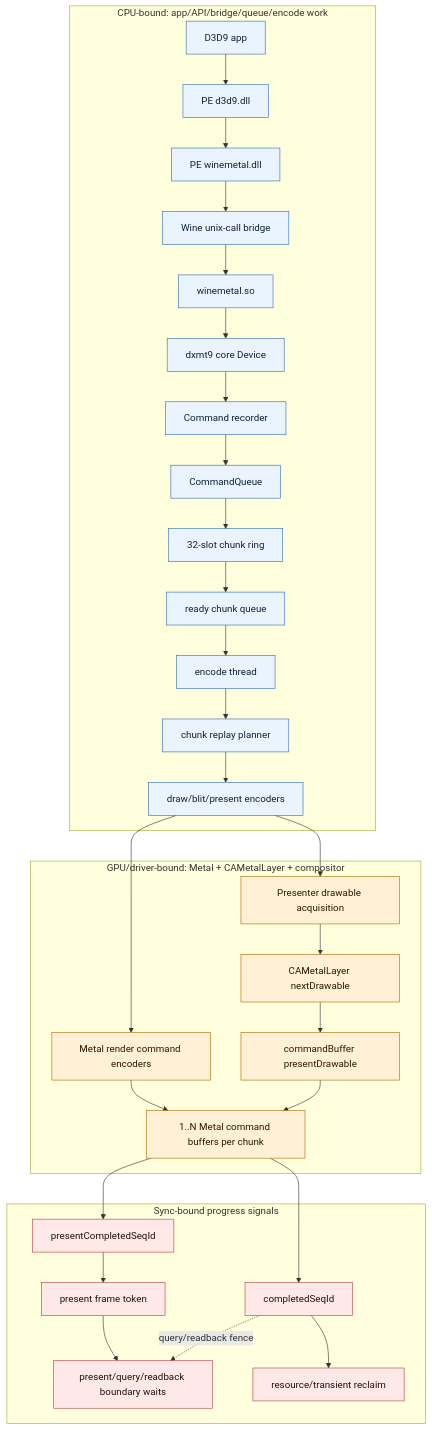
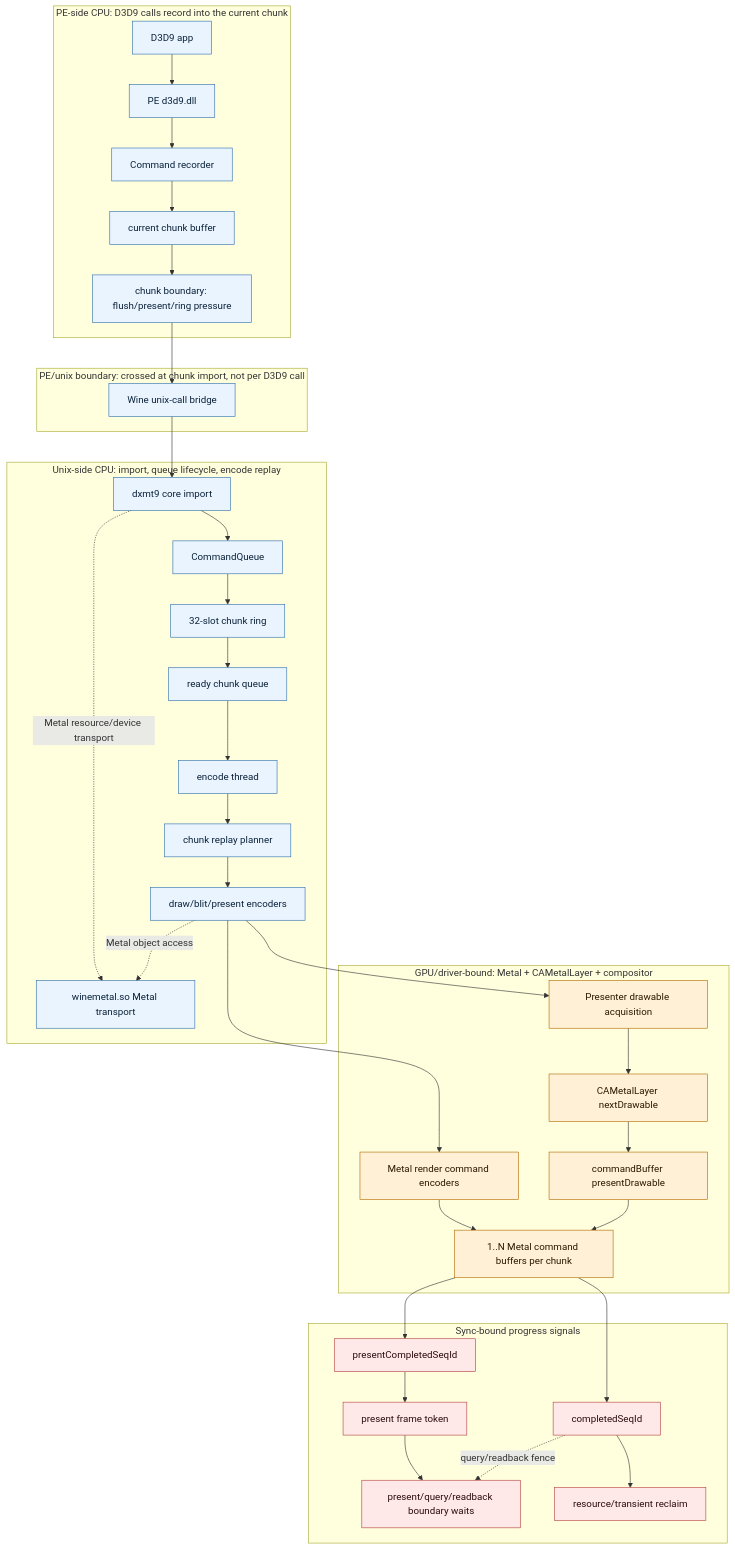
One commit to dfdgsdfg/dxmt9 changed the first of 11 diagrams in docs/perfomance-bottleneck.md. Above: the diagram before and after it, drawn with Mermaid. The commit also changed other lines of this file, not shown here.

Commit message:
docs: align dxmt9 performance model with chunk lifecycle

````diff
--- a/docs/perfomance-bottleneck.md
+++ b/docs/perfomance-bottleneck.md
@@ -32,52 +32,61 @@
 ```mermaid
 flowchart TD
-  subgraph CPU["CPU-bound: app/API/bridge/queue/encode work"]
+  subgraph PECPU["PE-side CPU: D3D9 calls record into the current chunk"]
     App[D3D9 app]
     D3D9PE[PE d3d9.dll]
-    WinemetalPE[PE winemetal.dll]
+    Recorder[Command recorder]
+    ChunkBuffer[current chunk buffer]
+    ChunkBoundary[chunk boundary: flush/present/ring pressure]
+  end
+
+  subgraph ImportBoundary["PE/unix boundary: crossed at chunk import, not per D3D9 call"]
     UnixCall[Wine unix-call bridge]
-    WinemetalSO[winemetal.so]
-    Core[dxmt9 core Device]
-    Recorder[Command recorder]
+  end
+
+  subgraph UnixCPU["Unix-side CPU: import, queue lifecycle, encode replay"]
+    WinemetalSO[winemetal.so Metal transport]
+    Core[dxmt9 core import]
     CQ[CommandQueue]
     ChunkRing[32-slot chunk ring]
     Pending[ready chunk queue]
     EncodeThread[encode thread]
     Replay[chunk replay planner]
     DrawEnc[draw/blit/present encoders]
   end
 
   subgraph GPUDriver["GPU/driver-bound: Metal + CAMetalLayer + compositor"]
     SubCB[1..N Metal command buffers per chunk]
     RenderPass[Metal render command encoders]
     Presenter[Presenter drawable acquisition]
     Layer[CAMetalLayer nextDrawable]
     Present[commandBuffer presentDrawable]
   end
 
   subgraph Sync["Sync-bound progress signals"]
     Completed[completedSeqId]
     PresentCompleted[presentCompletedSeqId]
     PresentToken[present frame token]
-    Boundary[present/query/readback boundary waits]
+    BoundaryWait[present/query/readback boundary waits]
     Reclaim[resource/transient reclaim]
   end
 
-  App --> D3D9PE --> WinemetalPE --> UnixCall --> WinemetalSO --> Core
-  Core --> Recorder --> CQ --> ChunkRing --> Pending --> EncodeThread --> Replay --> DrawEnc
+  App --> D3D9PE --> Recorder --> ChunkBuffer --> ChunkBoundary --> UnixCall
+  UnixCall --> Core --> CQ --> ChunkRing --> Pending --> EncodeThread --> Replay --> DrawEnc
+  Core -. Metal resource/device transport .-> WinemetalSO
+  DrawEnc -. Metal object access .-> WinemetalSO
   DrawEnc --> RenderPass --> SubCB
   DrawEnc --> Presenter --> Layer --> Present --> SubCB
   SubCB --> Completed
   SubCB --> PresentCompleted
   Completed --> Reclaim
   PresentCompleted --> PresentToken
-  PresentToken --> Boundary
-  Completed -. query/readback fence .-> Boundary
+  PresentToken --> BoundaryWait
+  Completed -. query/readback fence .-> BoundaryWait
 
   classDef cpu fill:#eaf4ff,stroke:#2f6fad,color:#0b2239
   classDef gpu fill:#fff0d6,stroke:#b26b00,color:#2b1900
   classDef sync fill:#ffe8e8,stroke:#b64242,color:#2b0d0d
-  class App,D3D9PE,WinemetalPE,UnixCall,WinemetalSO,Core,Recorder,CQ,ChunkRing,Pending,EncodeThread,Replay,DrawEnc cpu
+  class App,D3D9PE,Recorder,ChunkBuffer,ChunkBoundary,UnixCall,WinemetalSO,Core,CQ,ChunkRing,Pending,EncodeThread,Replay,DrawEnc cpu
   class SubCB,RenderPass,Presenter,Layer,Present gpu
-  class Completed,PresentCompleted,PresentToken,Boundary,Reclaim sync
+  class Completed,PresentCompleted,PresentToken,BoundaryWait,Reclaim sync
 ```
````
